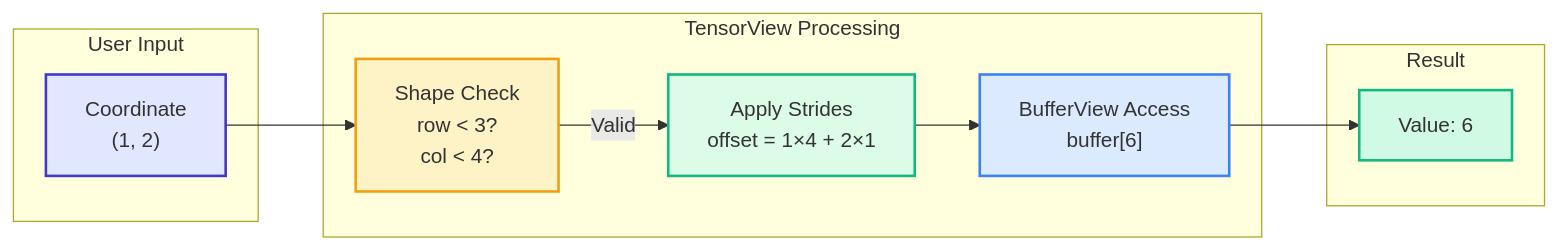
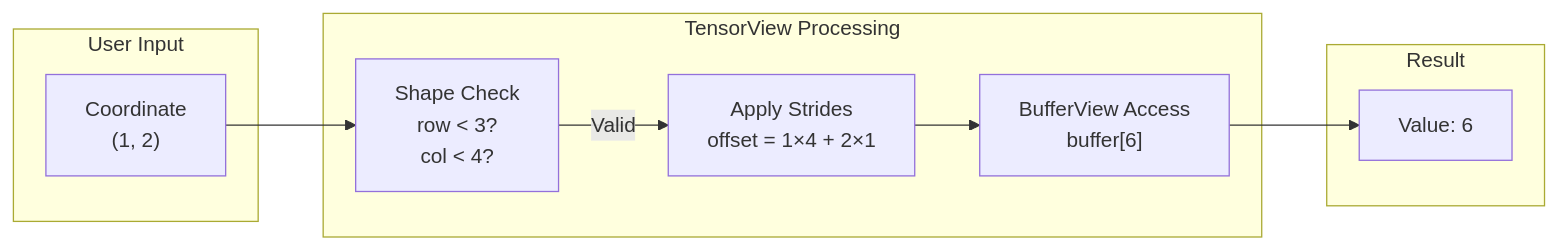
Before and after one commit to hdt98/rocm-libraries: the second of 5 diagrams in projects/composablekernel/docs/conceptual/ck_tile/tensor_views.rst, drawn with Mermaid. The commit also changed other lines of this file and 21 other files, not shown here.

First line of the commit message:
[ck] Updated CK Tile documentation to use mermaid diagrams (#7955)

```diff
--- a/projects/composablekernel/docs/conceptual/ck_tile/tensor_views.rst
+++ b/projects/composablekernel/docs/conceptual/ck_tile/tensor_views.rst
@@ -131,27 +104,21 @@
-      .. mermaid::
-      
-         flowchart LR
-             subgraph "User Input"
-                 Coord["Coordinate<br/>(1, 2)"]
-             end
-   
-             subgraph "TensorView Processing"
-                 Shape["Shape Check<br/>row < 3?<br/>col < 4?"]
-                 Stride["Apply Strides<br/>offset = 1×4 + 2×1"]
-                 Buffer["BufferView Access<br/>buffer[6]"]
-             end
-   
-             subgraph "Result"
-                 Value["Value: 6"]
-             end
-   
-             Coord --> Shape
-             Shape -->|Valid| Stride
-             Stride --> Buffer
-             Buffer --> Value
-   
-             style Coord fill:#e0e7ff,stroke:#4338ca,stroke-width:2px
-             style Shape fill:#fef3c7,stroke:#f59e0b,stroke-width:2px
-             style Stride fill:#dcfce7,stroke:#10b981,stroke-width:2px
-             style Buffer fill:#dbeafe,stroke:#3b82f6,stroke-width:2px
-             style Value fill:#d1fae5,stroke:#10b981,stroke-width:2px
+.. mermaid::
+
+   flowchart LR
+       subgraph "User Input"
+           Coord["Coordinate<br/>(1, 2)"]
+       end
+
+       subgraph "TensorView Processing"
+           Shape["Shape Check<br/>row < 3?<br/>col < 4?"]
+           Stride["Apply Strides<br/>offset = 1×4 + 2×1"]
+           Buffer["BufferView Access<br/>buffer[6]"]
+       end
+
+       subgraph "Result"
+           Value["Value: 6"]
+       end
+
+       Coord --> Shape
+       Shape -->|Valid| Stride
+       Stride --> Buffer
+       Buffer --> Value
```
